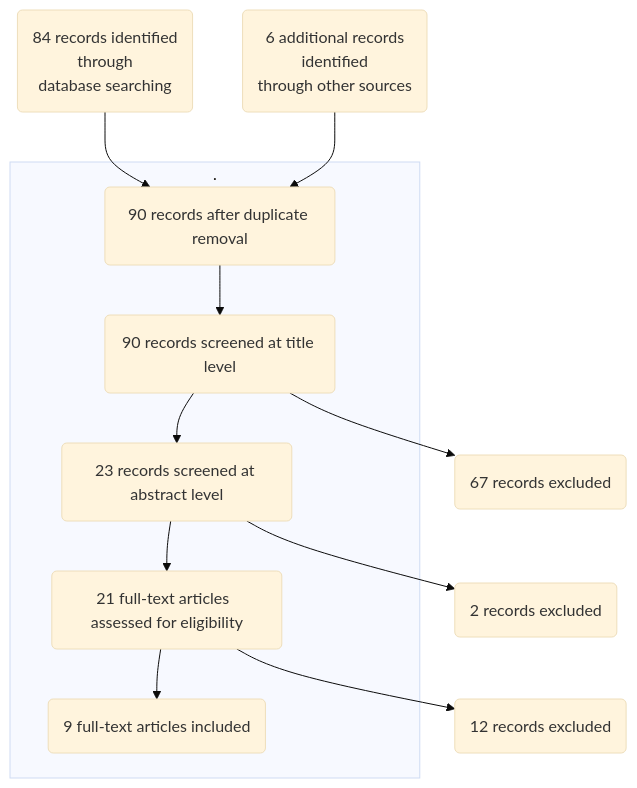
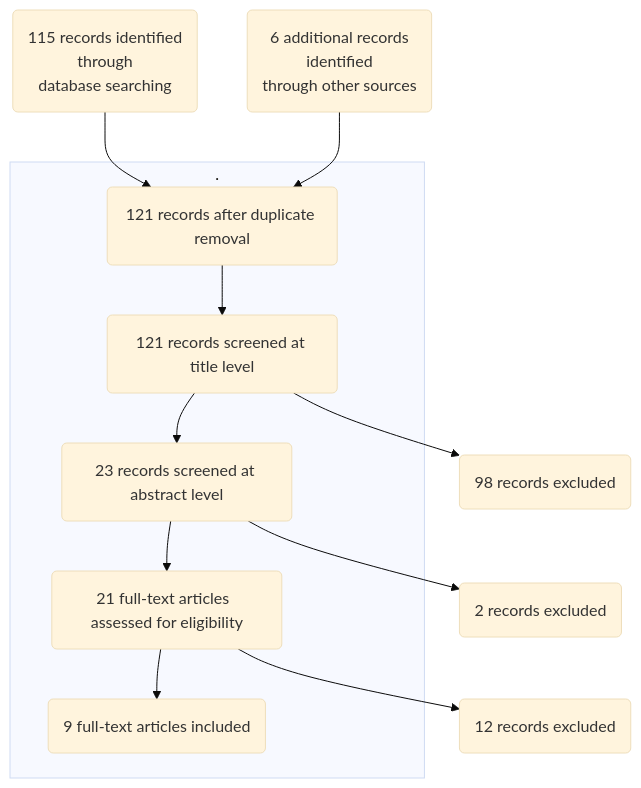
Before and after one commit to jan-ru/phd_kul: the diagram in diagrams/s2_slr_flowdiagram.qmd, drawn with Mermaid (base theme). The commit also changed 1 other file, not shown here.

Commit message:
Updated mermaid flowdiagram

````diff
--- a/diagrams/s2_slr_flowdiagram.qmd
+++ b/diagrams/s2_slr_flowdiagram.qmd
@@ -17,31 +17,31 @@
 ```{mermaid}
 %%| label: fig-slr-flowchart
 %%| fig-cap: "Flowchart depicting literature selection."
 flowchart TB
-    A("84 records identified 
+    A("115 records identified 
     through 
     database searching")
     B("6 additional records 
     identified  
     through other sources")
     subgraph .
-      C("90 records after duplicate removal")  
-      D("90 records screened at title level")
+      C("121 records after duplicate removal")  
+      D("121 records screened at title level")
       E("23 records screened at abstract level")
       F("21 full-text articles  assessed for eligibility")
       G("9 full-text articles included")
     end
-    H("67 records excluded")
+    H("98 records excluded")
     I("2 records excluded")
     J("12 records excluded") 
   
   A --> C
   B --> C
   C --> D
   D --> H
   D --> E
   E --> F
   E --> I
   F --> G
   F --> J
 ```
````
